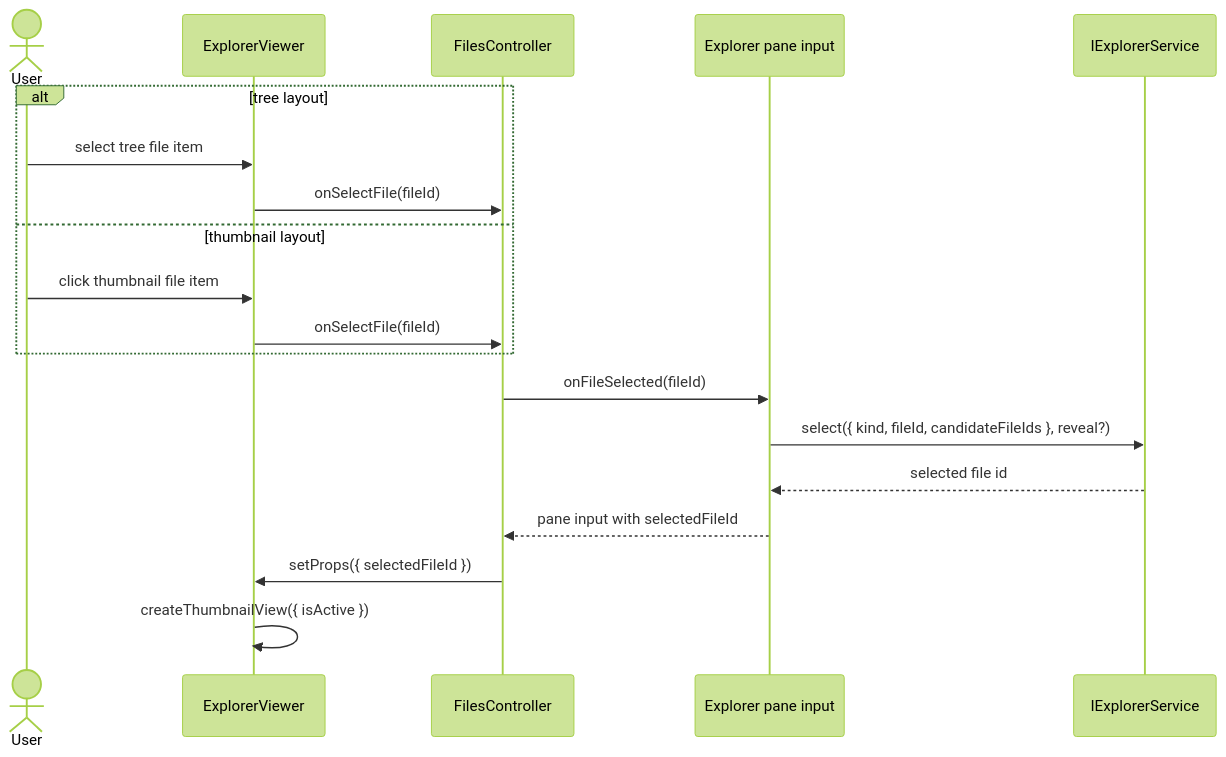
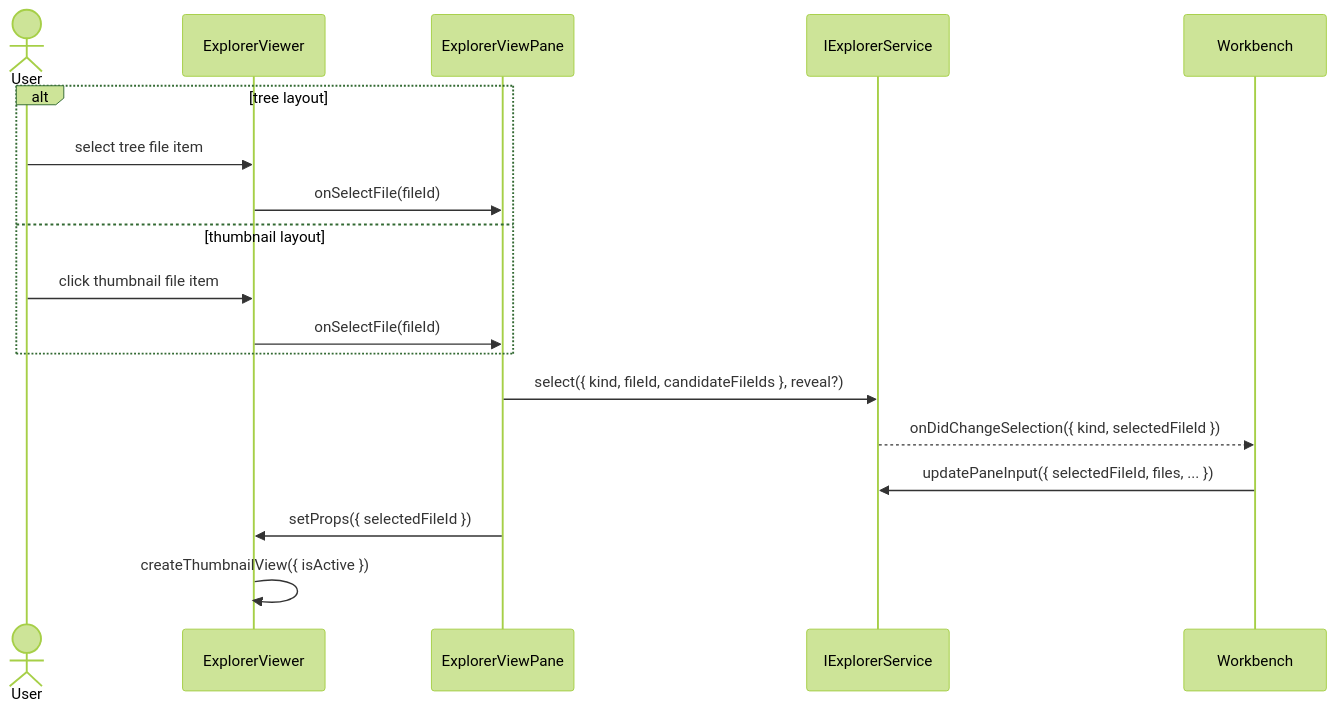
The third of 6 diagrams in .github/instructions/thumbnail.instructions.md (chogng/conductor), drawn with Mermaid (forest theme) before and after one commit. The commit also changed other lines of this file and 44 other files, not shown here.

Commit message:
fix: align files explorer architecture

````diff
--- a/.github/instructions/thumbnail.instructions.md
+++ b/.github/instructions/thumbnail.instructions.md
@@ -119,22 +119,21 @@
 ```mermaid
 sequenceDiagram
     actor User
     participant ExplorerViewer
-    participant FilesController
-    participant ExplorerPaneInput as Explorer pane input
+    participant ExplorerViewPane
     participant ExplorerService as IExplorerService
+    participant Workbench
 
     alt tree layout
         User->>ExplorerViewer: select tree file item
-        ExplorerViewer->>FilesController: onSelectFile(fileId)
+        ExplorerViewer->>ExplorerViewPane: onSelectFile(fileId)
     else thumbnail layout
         User->>ExplorerViewer: click thumbnail file item
-        ExplorerViewer->>FilesController: onSelectFile(fileId)
+        ExplorerViewer->>ExplorerViewPane: onSelectFile(fileId)
     end
-    FilesController->>ExplorerPaneInput: onFileSelected(fileId)
-    ExplorerPaneInput->>ExplorerService: select({ kind, fileId, candidateFileIds }, reveal?)
-    ExplorerService-->>ExplorerPaneInput: selected file id
-    ExplorerPaneInput-->>FilesController: pane input with selectedFileId
-    FilesController->>ExplorerViewer: setProps({ selectedFileId })
+    ExplorerViewPane->>ExplorerService: select({ kind, fileId, candidateFileIds }, reveal?)
+    ExplorerService-->>Workbench: onDidChangeSelection({ kind, selectedFileId })
+    Workbench->>ExplorerService: updatePaneInput({ selectedFileId, files, ... })
+    ExplorerViewPane->>ExplorerViewer: setProps({ selectedFileId })
     ExplorerViewer->>ExplorerViewer: createThumbnailView({ isActive })
 ```
````
